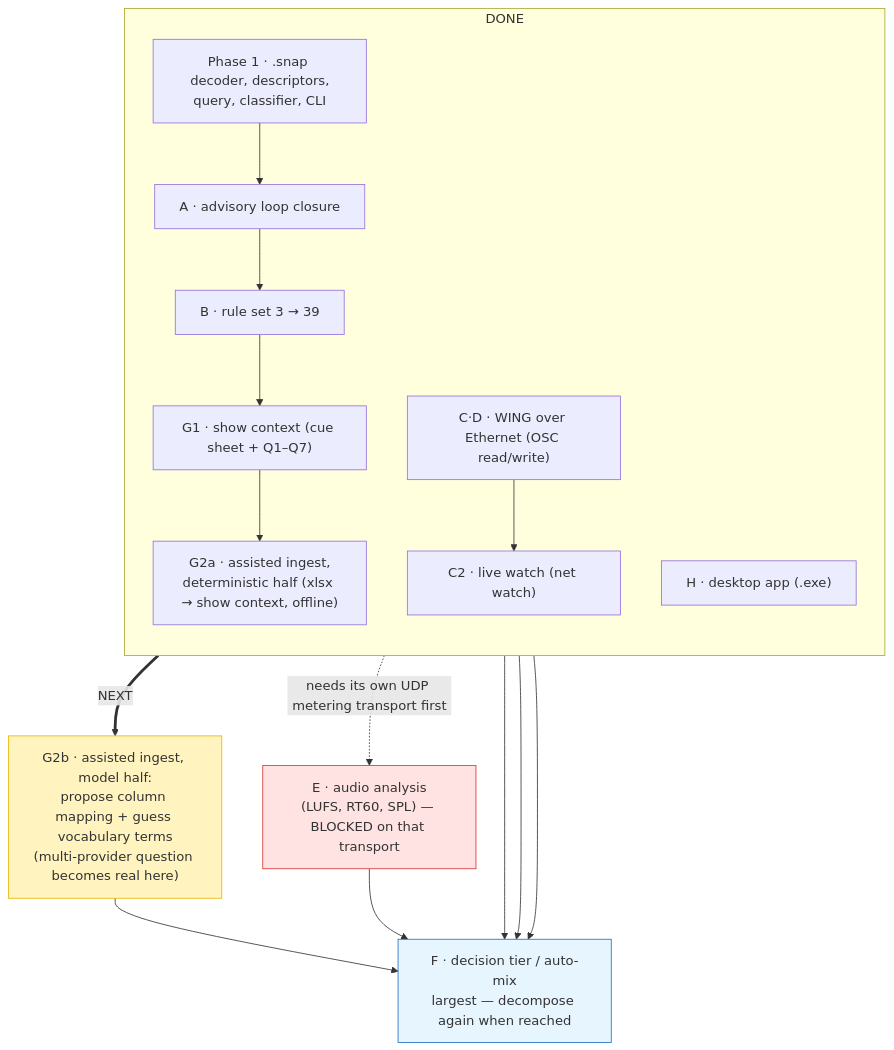
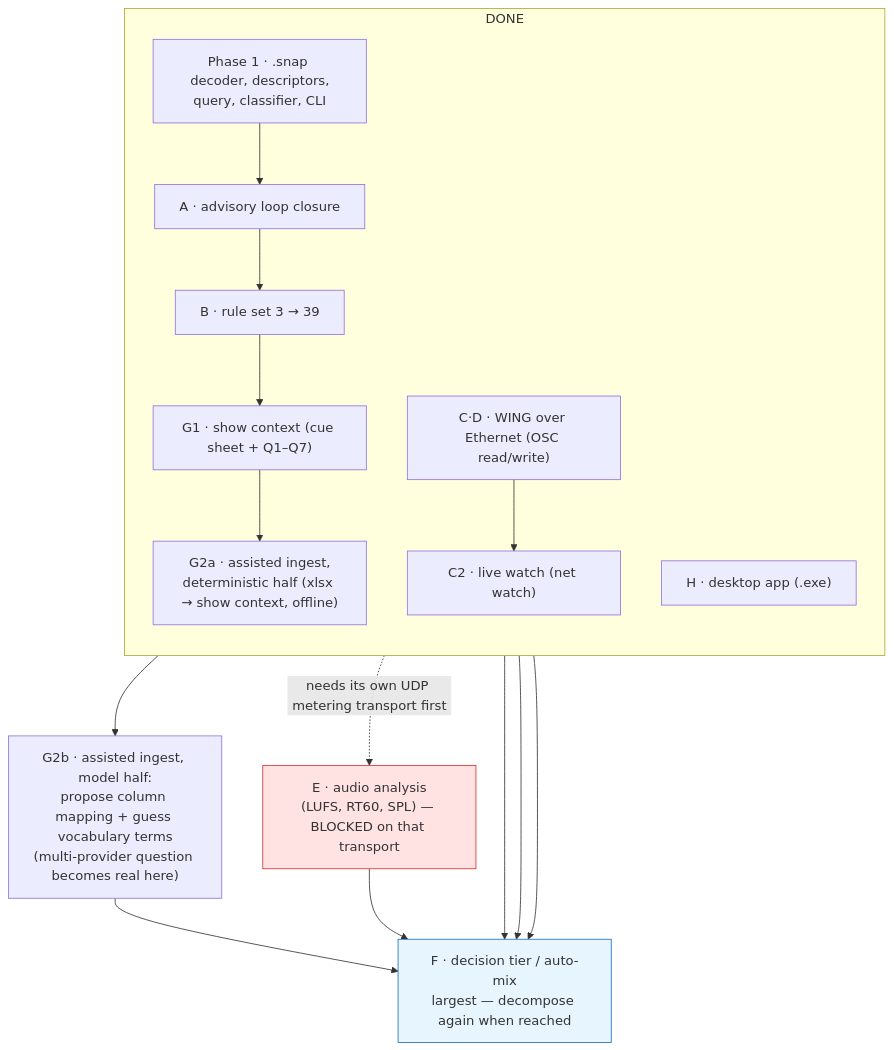
The diagram in docs/ROADMAP.md (toanaz-ops/project008-soundtech-assist), drawn with Mermaid before and after one commit. The commit also changed other lines of this file and 1 other file, not shown here.

Commit message:
Pin G2b acceptance criteria against the real sheets; update roadmap

````diff
--- a/docs/ROADMAP.md
+++ b/docs/ROADMAP.md
@@ -94,26 +95,25 @@
 ```mermaid
 flowchart TD
     subgraph shipped["DONE"]
         direction TB
         P1["Phase 1 · .snap decoder, descriptors,<br/>query, classifier, CLI"]
         A["A · advisory loop closure"] --> B["B · rule set 3 → 39"]
         H["H · desktop app (.exe)"]
         P1 --> A
         G1["G1 · show context (cue sheet + Q1–Q7)"] --> G2a["G2a · assisted ingest,<br/>deterministic half (xlsx → show context, offline)"]
         B --> G1
         CD["C·D · WING over Ethernet (OSC read/write)"] --> C2["C2 · live watch (net watch)"]
     end
 
-    G2a ==>|"NEXT"| G2b["G2b · assisted ingest, model half:<br/>propose column mapping + guess vocabulary terms<br/>(multi-provider question becomes real here)"]
+    G2a --> G2b["G2b · assisted ingest, model half:<br/>propose column mapping + guess vocabulary terms<br/>(multi-provider question becomes real here)"]
     CD -.->|"needs its own UDP metering transport first"| E["E · audio analysis<br/>(LUFS, RT60, SPL) — BLOCKED on that transport"]
 
     A --> F
     B --> F
     CD --> F
     G2b --> F["F · decision tier / auto-mix<br/>largest — decompose again when reached"]
     E --> F
 
-    style G2b fill:#fff3bf,stroke:#e8b500
     style E fill:#ffe3e3,stroke:#e03131
     style F fill:#e7f5ff,stroke:#1971c2
 ```
````
